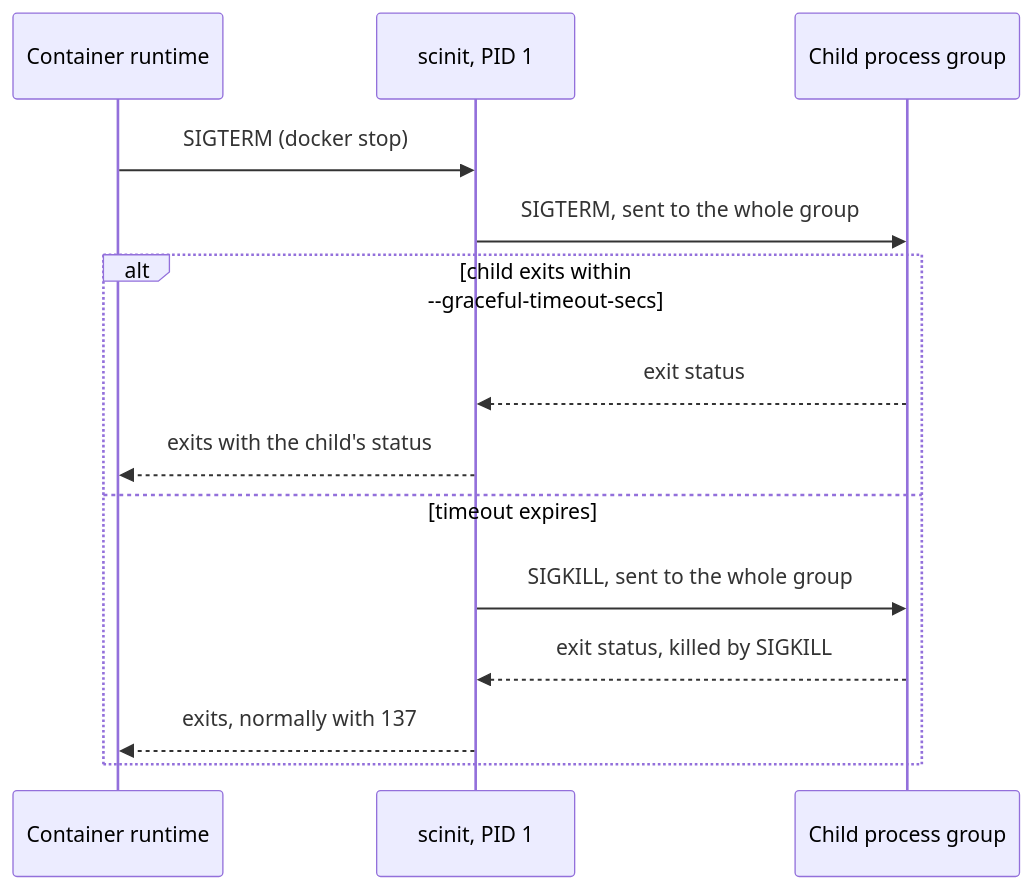
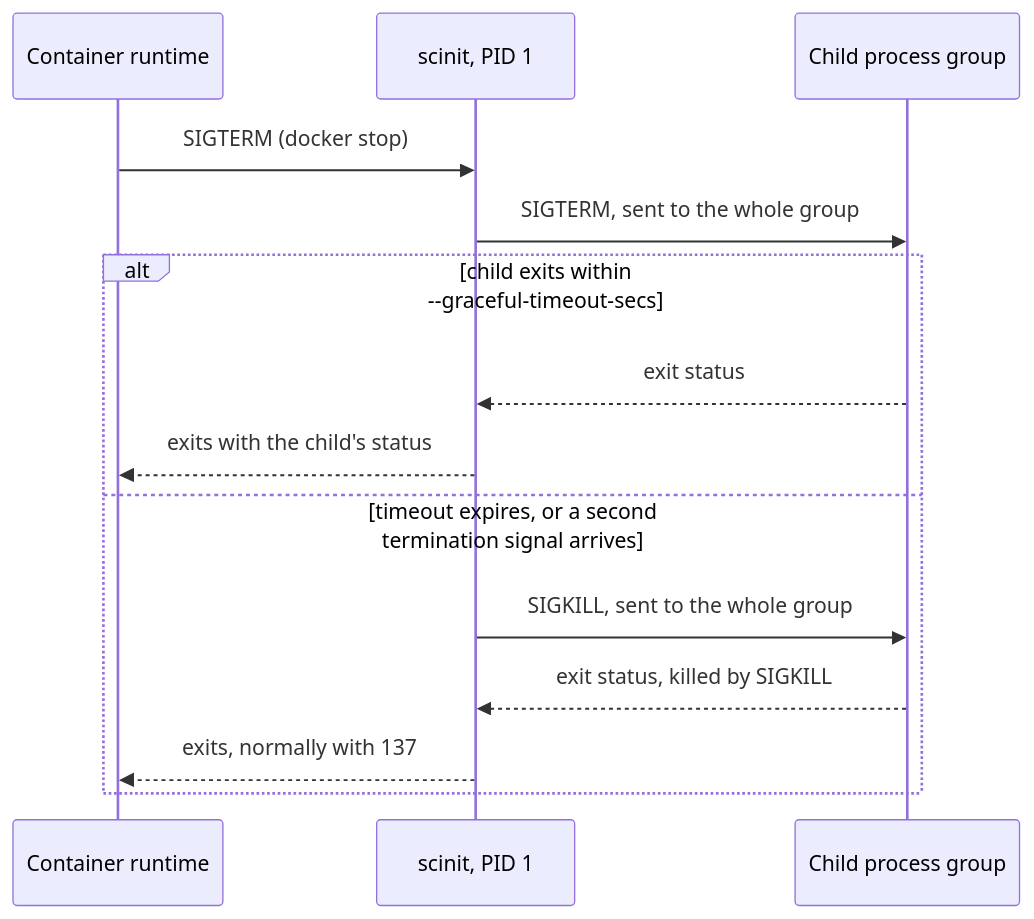
Before and after one commit to divoxx/scinit: the diagram in docs/guides/signals-and-shutdown.md, drawn with Mermaid. The commit also changed other lines of this file and 5 other files, not shown here.

First line of the commit message:
Escalate to SIGKILL on a second termination signal

````diff
--- a/docs/guides/signals-and-shutdown.md
+++ b/docs/guides/signals-and-shutdown.md
@@ -7,16 +7,16 @@
 ```mermaid
 sequenceDiagram
     participant R as Container runtime
     participant S as scinit, PID 1
     participant G as Child process group
     R->>S: SIGTERM (docker stop)
     S->>G: SIGTERM, sent to the whole group
     alt child exits within --graceful-timeout-secs
         G-->>S: exit status
         S-->>R: exits with the child's status
-    else timeout expires
+    else timeout expires, or a second termination signal arrives
         S->>G: SIGKILL, sent to the whole group
         G-->>S: exit status, killed by SIGKILL
         S-->>R: exits, normally with 137
     end
 ```
````
